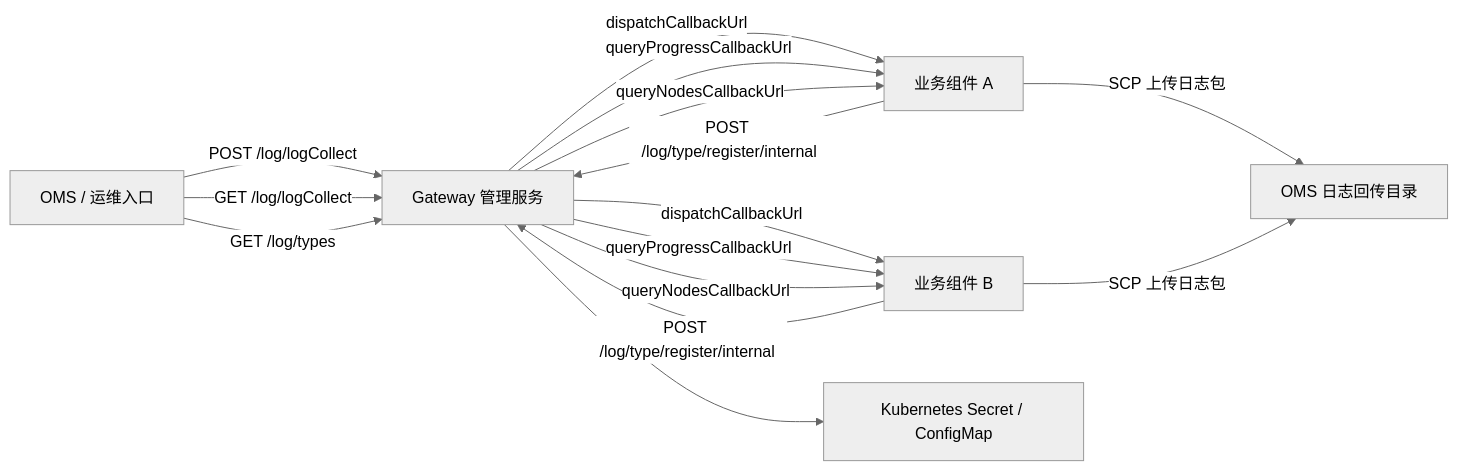
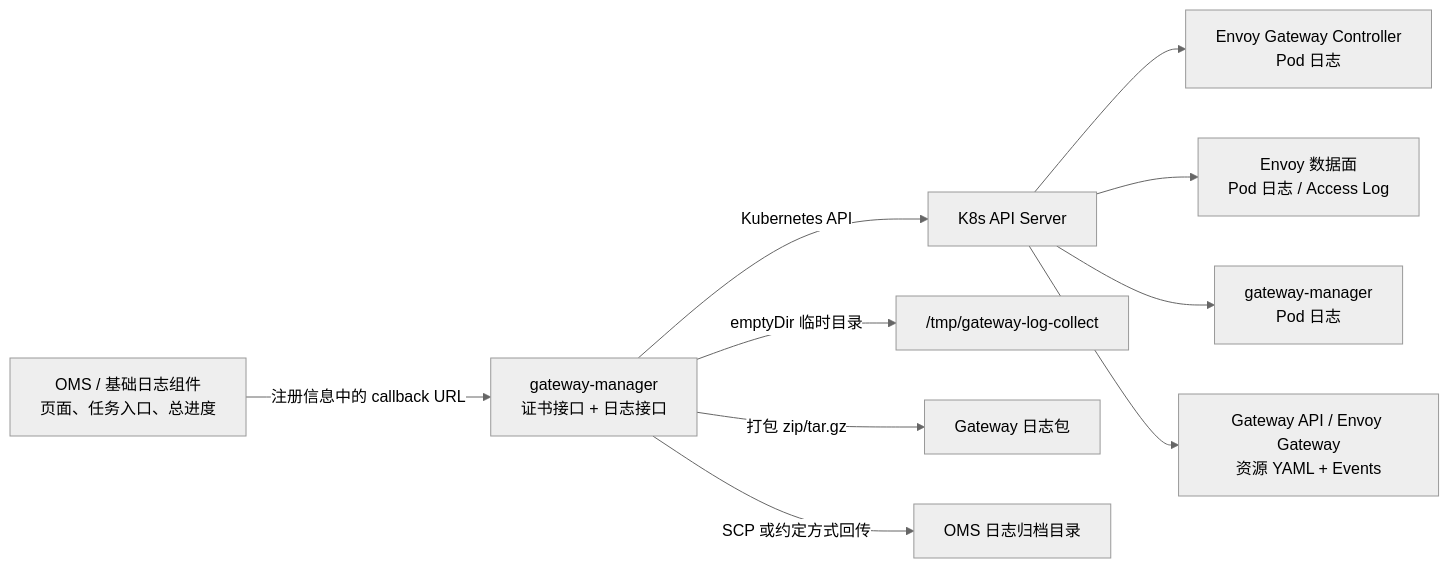
The first of 2 diagrams in package-gateway/OMS_LOG_COLLECT_API_README.md (xiewanchao/aidp-iam), drawn with Mermaid (neutral theme) before and after one commit. The commit also changed other lines of this file and 27 other files, not shown here.

Commit message:
feat: add gateway manager log collection

````diff
--- a/package-gateway/OMS_LOG_COLLECT_API_README.md
+++ b/package-gateway/OMS_LOG_COLLECT_API_README.md
@@ -51,22 +30,12 @@
 ```mermaid
 flowchart LR
-    OMS["OMS / 运维入口"] -->|"POST /log/logCollect"| GM["Gateway 管理服务"]
-    OMS -->|"GET /log/logCollect"| GM
-    OMS -->|"GET /log/types"| GM
-
-    C1["业务组件 A"] -->|"POST /log/type/register/internal"| GM
-    C2["业务组件 B"] -->|"POST /log/type/register/internal"| GM
-
-    GM -->|"dispatchCallbackUrl"| C1
-    GM -->|"queryProgressCallbackUrl"| C1
-    GM -->|"queryNodesCallbackUrl"| C1
-
-    GM -->|"dispatchCallbackUrl"| C2
-    GM -->|"queryProgressCallbackUrl"| C2
-    GM -->|"queryNodesCallbackUrl"| C2
-
-    C1 -->|"SCP 上传日志包"| Repo["OMS 日志回传目录"]
-    C2 -->|"SCP 上传日志包"| Repo
-
-    GM --> K8S["Kubernetes Secret / ConfigMap"]
+    OMS["OMS / 基础日志组件<br/>页面、任务入口、总进度"] -->|"注册信息中的 callback URL"| GM["gateway-manager<br/>证书接口 + 日志接口"]
+    GM -->|"Kubernetes API"| K8S["K8s API Server"]
+    K8S --> CTRL["Envoy Gateway Controller<br/>Pod 日志"]
+    K8S --> DP["Envoy 数据面<br/>Pod 日志 / Access Log"]
+    K8S --> MANAGER["gateway-manager<br/>Pod 日志"]
+    K8S --> RES["Gateway API / Envoy Gateway<br/>资源 YAML + Events"]
+    GM -->|"emptyDir 临时目录"| TMP["/tmp/gateway-log-collect"]
+    GM -->|"打包 zip/tar.gz"| PKG["Gateway 日志包"]
+    GM -->|"SCP 或约定方式回传"| REPO["OMS 日志归档目录"]
 ```
````
